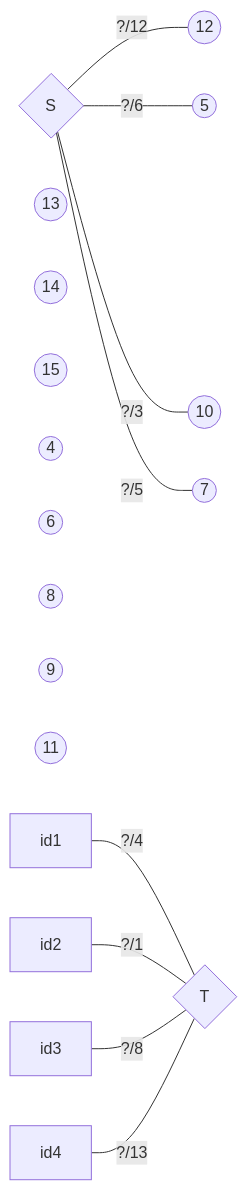
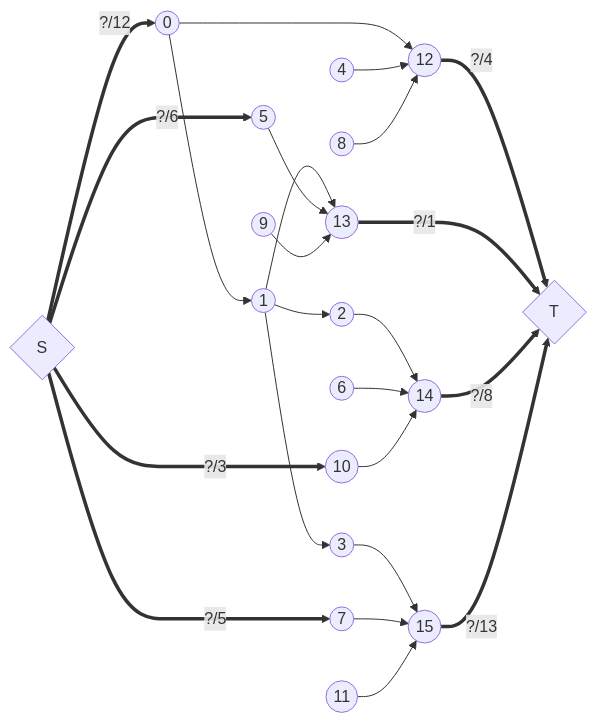
The third of 3 diagrams in sem2/AuW/UE/cx/bf/cx12-great-harvest.md (bfeitknecht/vault), drawn with Mermaid before and after one commit.

Commit message:
backup: 2024-07-02 02:06:42 from MacBook Pro (echo)
Affected files:
sem2/AuW/UE/cx/bf/cx12-great-harvest.md

````diff
--- a/sem2/AuW/UE/cx/bf/cx12-great-harvest.md
+++ b/sem2/AuW/UE/cx/bf/cx12-great-harvest.md
@@ -80,46 +80,53 @@
 ```mermaid
 flowchart LR
 
 idS{"S"}
 idT{"T"}
 
 %% variety 1
 id1a((0))
 id2a((1))
 id3a((2))
 id4a((3))
 
 %% variety 2
 id1b((4))
 id2b((5))
 id3b((6))
 id4b((7))
 
 %% variety 3
 id1c((8))
 id2c((9))
 id3c((10))
 id4c((11))
 
 %% cities
-id1a((12))
-id2a((13))
-id3a((14))
-id4a((15))
+id1((12))
+id2((13))
+id3((14))
+id4((15))
   
 
 %%%%%%%%%%%%%%%%%%%%%%%%%%%%%%%%%%%%%%%%%%%%
 
+idS ==>|"?/12"| id1a
+idS ==>|"?/6"| id2b
+idS ==>|"?/3"| id3c
+idS ==>|"?/5"| id4b
 
-idS ---|"?/12"| id1a
-idS ---|"?/6"| id2b
-idS ---|"?/3"| id3c
-idS ---|"?/5"| id4b
+id1a & id1b & id1c --> id1
+id2a & id2b & id2c --> id2
+id3a & id3b & id3c --> id3
+id4a & id4b & id4c --> id4
 
-id1 ---|"?/4"| idT
-id2 ---|"?/1"| idT
-id3 ---|"?/8"| idT
-id4 ---|"?/13"| idT
+id1a --> id2a
+id2a --> id3a & id4a
+
+id1 ==>|"?/4"| idT
+id2 ==>|"?/1"| idT
+id3 ==>|"?/8"| idT
+id4 ==>|"?/13"| idT
 
 
 ```
````
